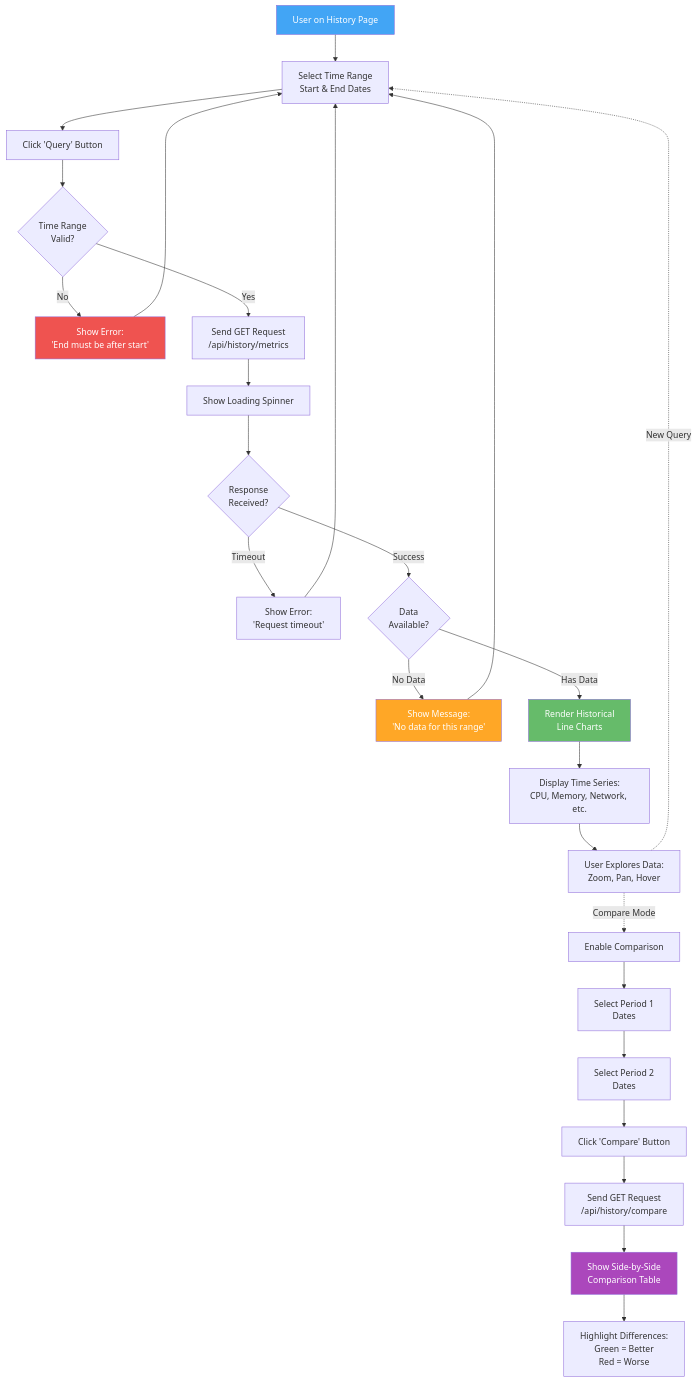
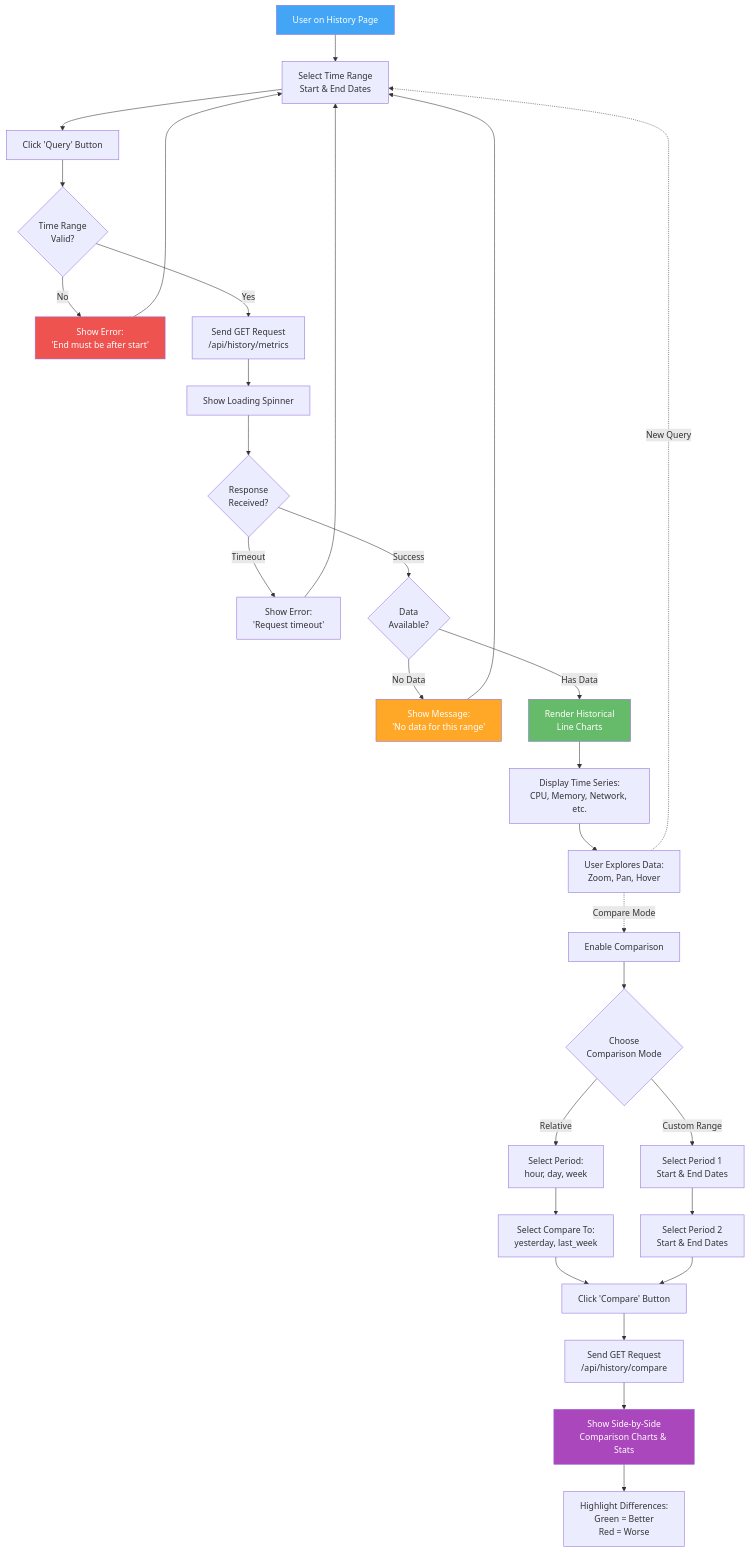
One commit to zhyndalf/perfwatch changed the second of 3 diagrams in docs/diagrams/product-managers/user-flows.md. Above: the diagram before and after it, drawn with Mermaid. The commit also changed 16 other files, not shown here.

First line of the commit message:
Update documentation for history comparison API dual-mode support

````diff
--- a/docs/diagrams/product-managers/user-flows.md
+++ b/docs/diagrams/product-managers/user-flows.md
@@ -64,41 +64,48 @@
 ```mermaid
 flowchart TD
     History[User on History Page] --> SelectRange[Select Time Range<br/>Start & End Dates]
     SelectRange --> ClickQuery[Click 'Query' Button]
     ClickQuery --> ValidateRange{Time Range<br/>Valid?}
 
     ValidateRange -->|No| ShowValidationError[Show Error:<br/>'End must be after start']
     ShowValidationError --> SelectRange
 
     ValidateRange -->|Yes| SendRequest[Send GET Request<br/>/api/history/metrics]
     SendRequest --> ShowLoading[Show Loading Spinner]
     ShowLoading --> WaitResponse{Response<br/>Received?}
 
     WaitResponse -->|Timeout| ShowTimeout[Show Error:<br/>'Request timeout']
     ShowTimeout --> SelectRange
 
     WaitResponse -->|Success| CheckData{Data<br/>Available?}
 
     CheckData -->|No Data| ShowNoData[Show Message:<br/>'No data for this range']
     ShowNoData --> SelectRange
 
     CheckData -->|Has Data| RenderCharts[Render Historical<br/>Line Charts]
     RenderCharts --> DisplayMetrics[Display Time Series:<br/>CPU, Memory, Network, etc.]
 
     DisplayMetrics --> UserExplore[User Explores Data:<br/>Zoom, Pan, Hover]
     UserExplore -.->|New Query| SelectRange
     UserExplore -.->|Compare Mode| EnableCompare[Enable Comparison]
 
-    EnableCompare --> SelectPeriod1[Select Period 1<br/>Dates]
-    SelectPeriod1 --> SelectPeriod2[Select Period 2<br/>Dates]
-    SelectPeriod2 --> ClickCompare[Click 'Compare' Button]
+    EnableCompare --> ChooseMode{Choose<br/>Comparison Mode}
+
+    ChooseMode -->|Relative| SelectPeriod[Select Period:<br/>hour, day, week]
+    SelectPeriod --> SelectCompareTo[Select Compare To:<br/>yesterday, last_week]
+    SelectCompareTo --> ClickCompare[Click 'Compare' Button]
+
+    ChooseMode -->|Custom Range| SelectPeriod1[Select Period 1<br/>Start & End Dates]
+    SelectPeriod1 --> SelectPeriod2[Select Period 2<br/>Start & End Dates]
+    SelectPeriod2 --> ClickCompare
+
     ClickCompare --> SendCompareRequest[Send GET Request<br/>/api/history/compare]
-    SendCompareRequest --> ShowCompareResults[Show Side-by-Side<br/>Comparison Table]
+    SendCompareRequest --> ShowCompareResults[Show Side-by-Side<br/>Comparison Charts & Stats]
     ShowCompareResults --> HighlightDiff[Highlight Differences:<br/>Green = Better<br/>Red = Worse]
 
     style History fill:#42A5F5,color:#fff
     style RenderCharts fill:#66BB6A,color:#fff
     style ShowNoData fill:#FFA726,color:#fff
     style ShowValidationError fill:#EF5350,color:#fff
     style ShowCompareResults fill:#AB47BC,color:#fff
 ```
````
